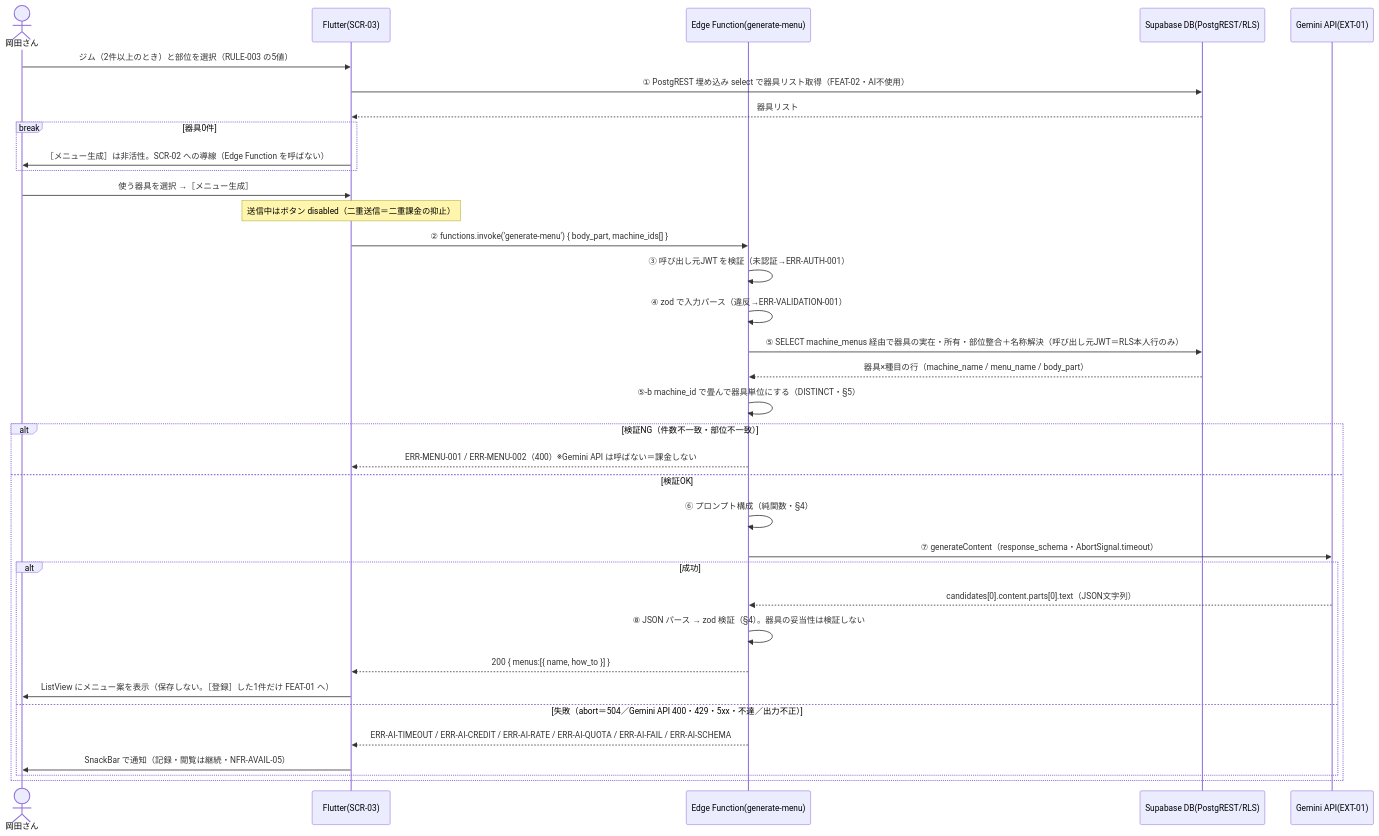
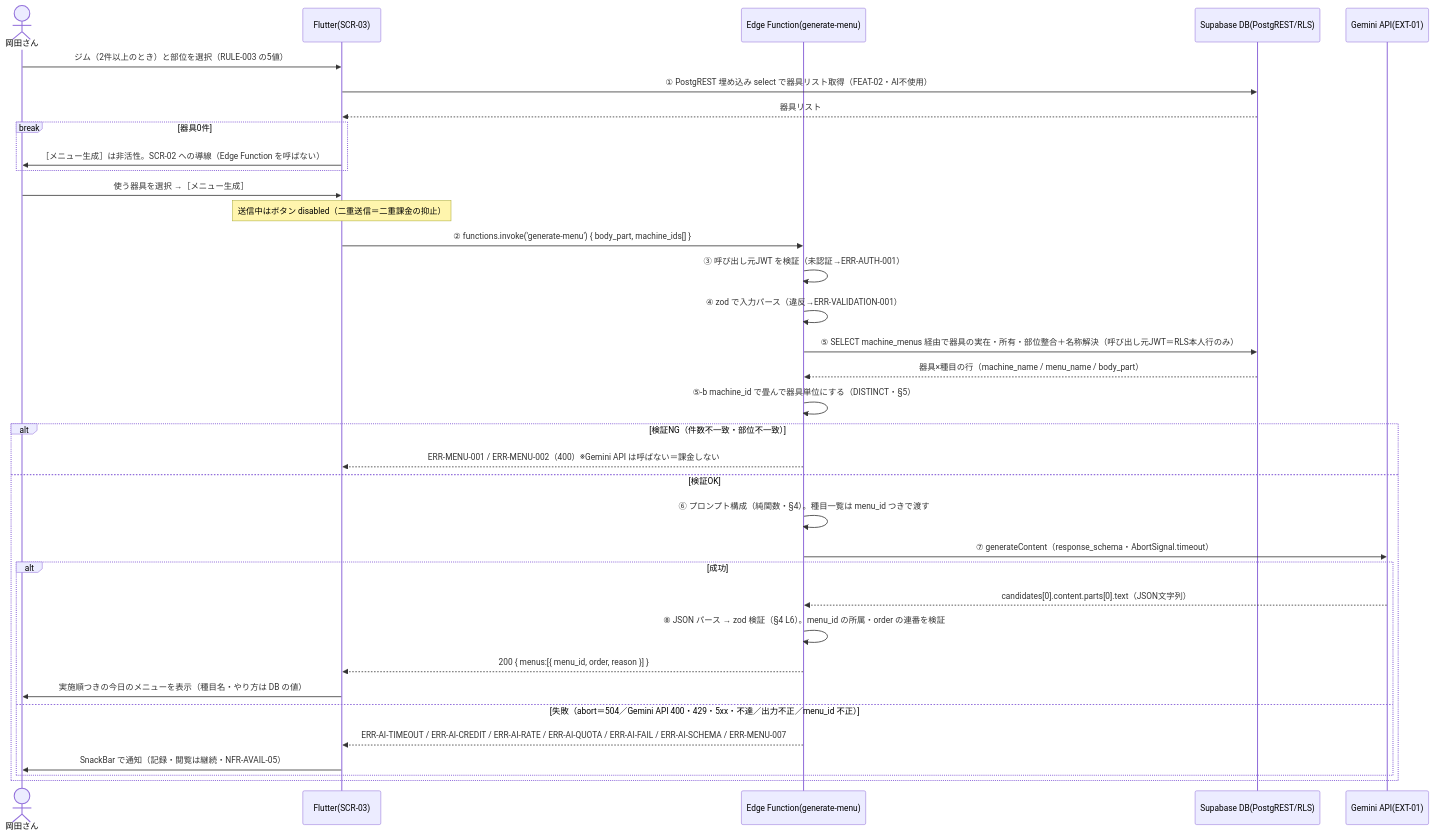
The diagram in docs/02_設計/50_詳細設計/08_機能別詳細設計/FEAT-03_AIメニュー提案.md (k-okada51/okada-fit), drawn with Mermaid before and after one commit. The commit also changed other lines of this file and 13 other files, not shown here.

````diff
--- a/docs/02_設計/50_詳細設計/08_機能別詳細設計/FEAT-03_AIメニュー提案.md
+++ b/docs/02_設計/50_詳細設計/08_機能別詳細設計/FEAT-03_AIメニュー提案.md
@@ -76,39 +80,39 @@
 ```mermaid
 sequenceDiagram
   actor U as 岡田さん
   participant F as Flutter(SCR-03)
   participant E as Edge Function(generate-menu)
   participant D as Supabase DB(PostgREST/RLS)
   participant G as Gemini API(EXT-01)
 
   U->>F: ジム（2件以上のとき）と部位を選択（RULE-003 の5値）
   F->>D: ① PostgREST 埋め込み select で器具リスト取得（FEAT-02・AI不使用）
   D-->>F: 器具リスト
   break 器具0件
     F->>U: ［メニュー生成］は非活性。SCR-02 への導線（Edge Function を呼ばない）
   end
   U->>F: 使う器具を選択 →［メニュー生成］
   Note over F: 送信中はボタン disabled（二重送信＝二重課金の抑止）
   F->>E: ② functions.invoke('generate-menu') { body_part, machine_ids[] }
 
   E->>E: ③ 呼び出し元JWT を検証（未認証→ERR-AUTH-001）
   E->>E: ④ zod で入力パース（違反→ERR-VALIDATION-001）
   E->>D: ⑤ SELECT machine_menus 経由で器具の実在・所有・部位整合＋名称解決（呼び出し元JWT＝RLS本人行のみ）
   D-->>E: 器具×種目の行（machine_name / menu_name / body_part）
   E->>E: ⑤-b machine_id で畳んで器具単位にする（DISTINCT・§5）
   alt 検証NG（件数不一致・部位不一致）
     E-->>F: ERR-MENU-001 / ERR-MENU-002（400）※Gemini API は呼ばない＝課金しない
   else 検証OK
-    E->>E: ⑥ プロンプト構成（純関数・§4）
+    E->>E: ⑥ プロンプト構成（純関数・§4）。種目一覧は menu_id つきで渡す
     E->>G: ⑦ generateContent（response_schema・AbortSignal.timeout）
     alt 成功
       G-->>E: candidates[0].content.parts[0].text（JSON文字列）
-      E->>E: ⑧ JSON パース → zod 検証（§4）。器具の妥当性は検証しない
-      E-->>F: 200 { menus:[{ name, how_to }] }
-      F->>U: ListView にメニュー案を表示（保存しない。［登録］した1件だけ FEAT-01 へ）
-    else 失敗（abort＝504／Gemini API 400・429・5xx・不達／出力不正）
-      E-->>F: ERR-AI-TIMEOUT / ERR-AI-CREDIT / ERR-AI-RATE / ERR-AI-QUOTA / ERR-AI-FAIL / ERR-AI-SCHEMA
+      E->>E: ⑧ JSON パース → zod 検証（§4 L6）。menu_id の所属・order の連番を検証
+      E-->>F: 200 { menus:[{ menu_id, order, reason }] }
+      F->>U: 実施順つきの今日のメニューを表示（種目名・やり方は DB の値）
+    else 失敗（abort＝504／Gemini API 400・429・5xx・不達／出力不正／menu_id 不正）
+      E-->>F: ERR-AI-TIMEOUT / ERR-AI-CREDIT / ERR-AI-RATE / ERR-AI-QUOTA / ERR-AI-FAIL / ERR-AI-SCHEMA / ERR-MENU-007
       F->>U: SnackBar で通知（記録・閲覧は継続・NFR-AVAIL-05）
     end
   end
 ```
````
